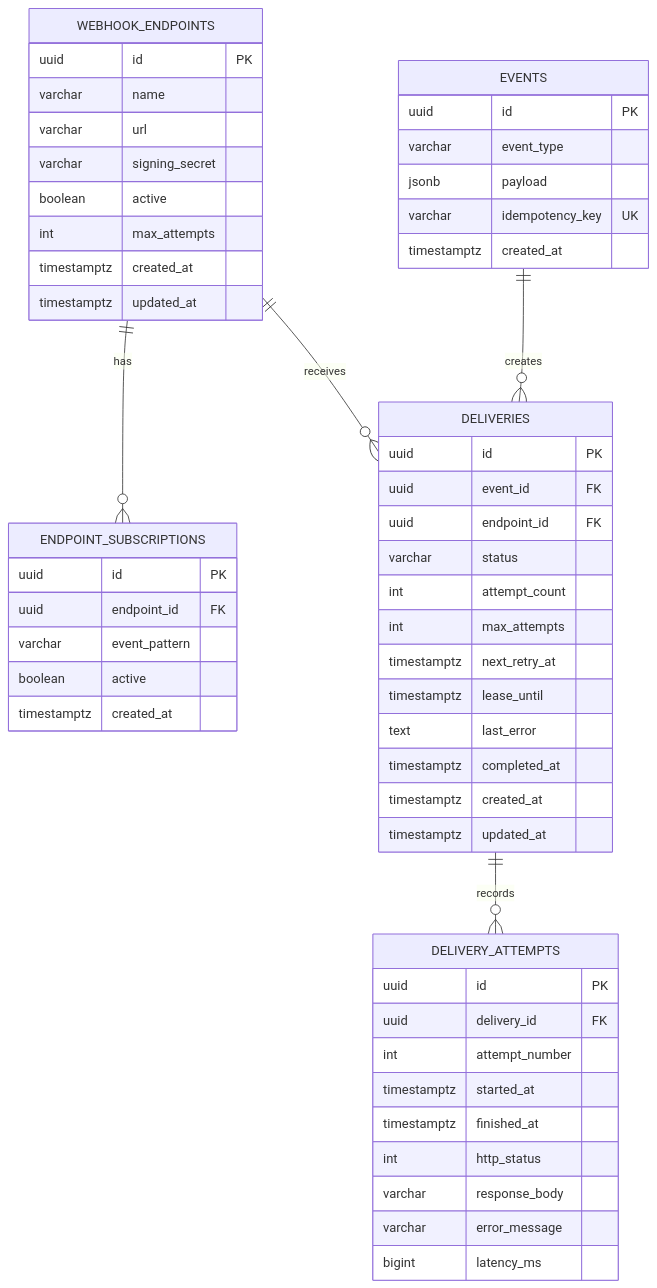
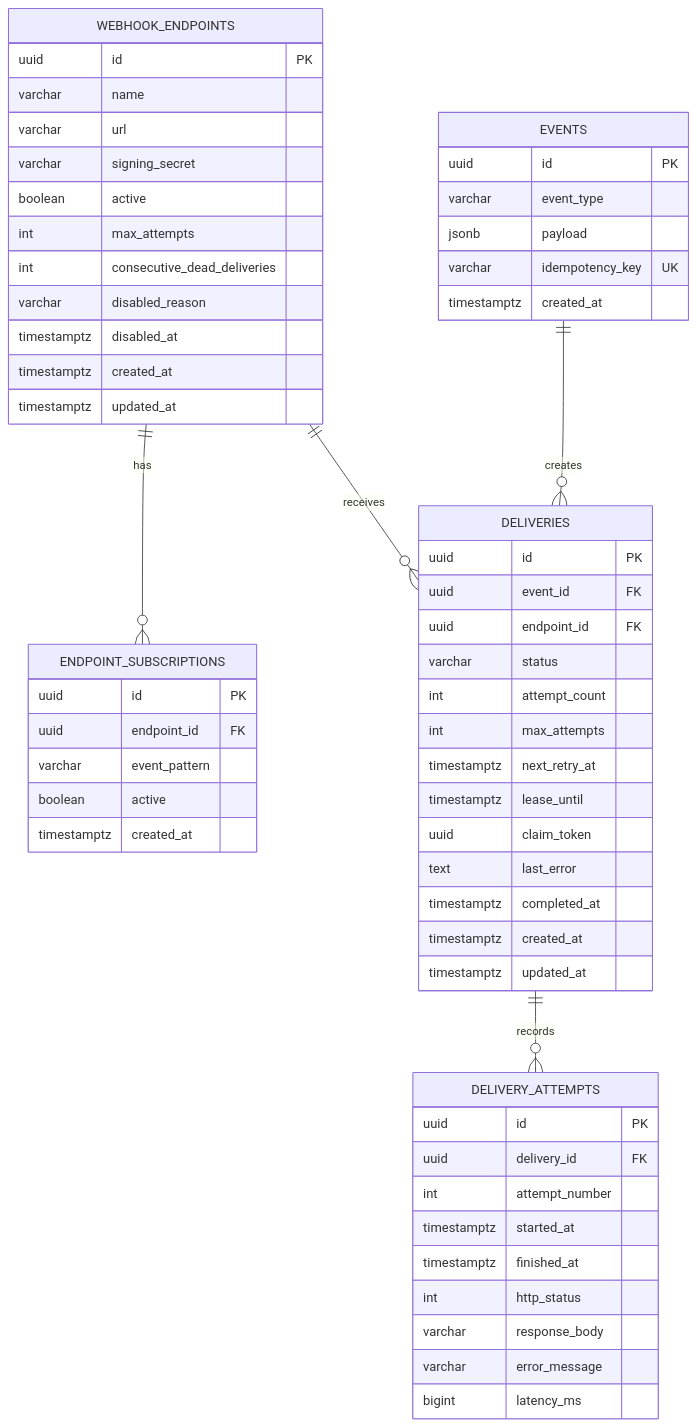
The diagram in docs/ER_DIAGRAM.md (YashwardhanV/SignalDock), drawn with Mermaid before and after one commit. The commit also changed other lines of this file and 30 other files, not shown here.

````diff
--- a/docs/ER_DIAGRAM.md
+++ b/docs/ER_DIAGRAM.md
@@ -3,61 +3,65 @@
 ```mermaid
 erDiagram
     WEBHOOK_ENDPOINTS {
         uuid id PK
         varchar name
         varchar url
         varchar signing_secret
         boolean active
         int max_attempts
+        int consecutive_dead_deliveries
+        varchar disabled_reason
+        timestamptz disabled_at
         timestamptz created_at
         timestamptz updated_at
     }
 
     ENDPOINT_SUBSCRIPTIONS {
         uuid id PK
         uuid endpoint_id FK
         varchar event_pattern
         boolean active
         timestamptz created_at
     }
 
     EVENTS {
         uuid id PK
         varchar event_type
         jsonb payload
         varchar idempotency_key UK
         timestamptz created_at
     }
 
     DELIVERIES {
         uuid id PK
         uuid event_id FK
         uuid endpoint_id FK
         varchar status
         int attempt_count
         int max_attempts
         timestamptz next_retry_at
         timestamptz lease_until
+        uuid claim_token
         text last_error
         timestamptz completed_at
         timestamptz created_at
         timestamptz updated_at
     }
 
     DELIVERY_ATTEMPTS {
         uuid id PK
         uuid delivery_id FK
         int attempt_number
         timestamptz started_at
         timestamptz finished_at
         int http_status
         varchar response_body
         varchar error_message
         bigint latency_ms
     }
 
     WEBHOOK_ENDPOINTS ||--o{ ENDPOINT_SUBSCRIPTIONS : has
     EVENTS ||--o{ DELIVERIES : creates
     WEBHOOK_ENDPOINTS ||--o{ DELIVERIES : receives
     DELIVERIES ||--o{ DELIVERY_ATTEMPTS : records
 ```
````
